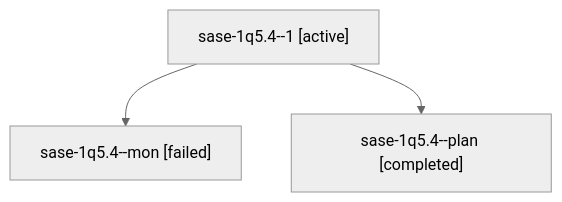
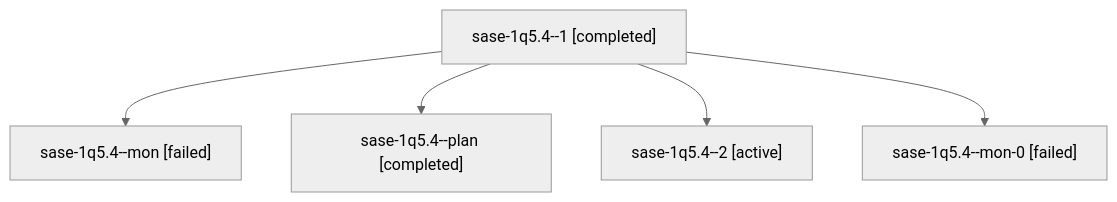
One commit to sase-org/sase--agents changed the diagram in sessions/bbugyi200.athena.sase-1q5.4.md. Above: the diagram before and after it, drawn with Mermaid (neutral theme). The commit also changed other lines of this file and 52 other files, not shown here.

````diff
--- a/sessions/bbugyi200.athena.sase-1q5.4.md
+++ b/sessions/bbugyi200.athena.sase-1q5.4.md
@@ -9,8 +9,12 @@
 ```mermaid
 flowchart TD
-  n0["sase-1q5.4--1 [active]"]
+  n0["sase-1q5.4--1 [completed]"]
   n1["sase-1q5.4--mon [failed]"]
   n0 --> n1
   n2["sase-1q5.4--plan [completed]"]
   n0 --> n2
+  n3["sase-1q5.4--2 [active]"]
+  n0 --> n3
+  n4["sase-1q5.4--mon-0 [failed]"]
+  n0 --> n4
 ```
````
